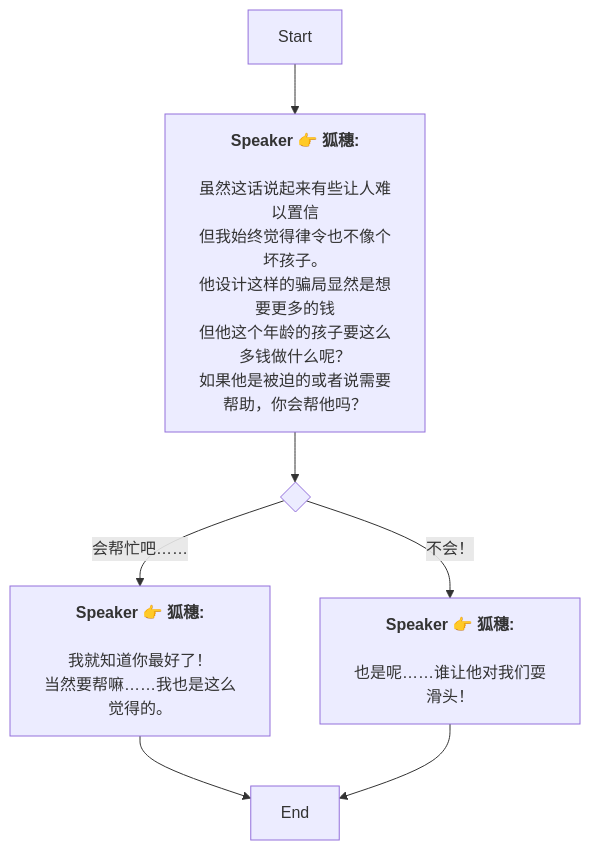
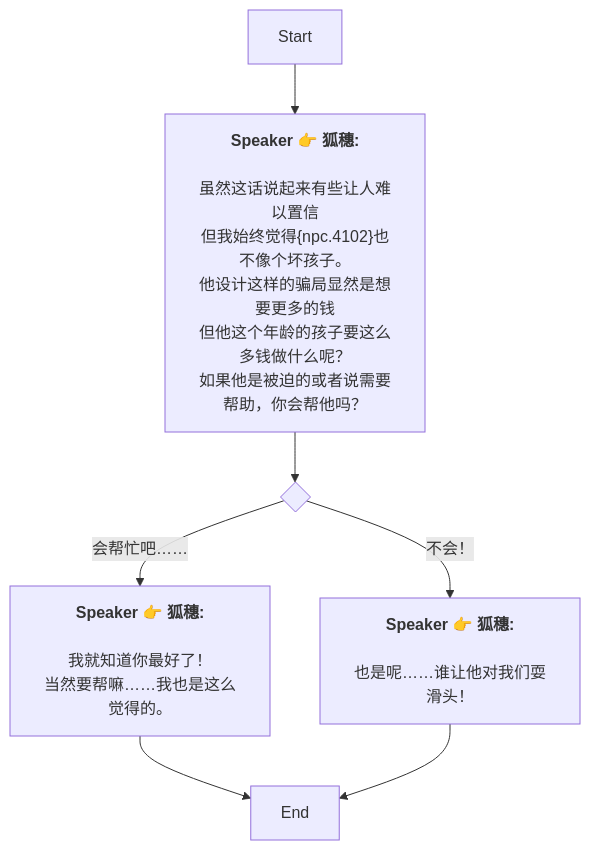
The diagram in Zh/AddDialogNode_1739677228568795.md (SoftHu/tos_avg), drawn with Mermaid before and after one commit. The commit also changed 199 other files, not shown here.

````diff
--- a/Zh/AddDialogNode_1739677228568795.md
+++ b/Zh/AddDialogNode_1739677228568795.md
@@ -1,21 +1,21 @@
 ```mermaid
 graph
 Start -->1739678263310558[<b>Speaker 👉 狐穗:</b>
 
 虽然这话说起来有些让人难以置信
-但我始终觉得律令也不像个坏孩子。
+但我始终觉得&lbrace;npc.4102&rbrace;也不像个坏孩子。
 他设计这样的骗局显然是想要更多的钱
 但他这个年龄的孩子要这么多钱做什么呢？
 如果他是被迫的或者说需要帮助，你会帮他吗？]
 1739678263310558 -->1739678761921760{ }
 1739678761921760 -->|会帮忙吧……|1739678885011685[<b>Speaker 👉 狐穗:</b>
 
 我就知道你最好了！
 当然要帮嘛……我也是这么觉得的。]
 1739678761921760 -->|不会！|1739678888733926[<b>Speaker 👉 狐穗:</b>
 
 也是呢……谁让他对我们耍滑头！]
 1739678885011685 -->1739681102776551[End]
 1739678888733926 -->1739681102776551[End]
 
  ```
````
